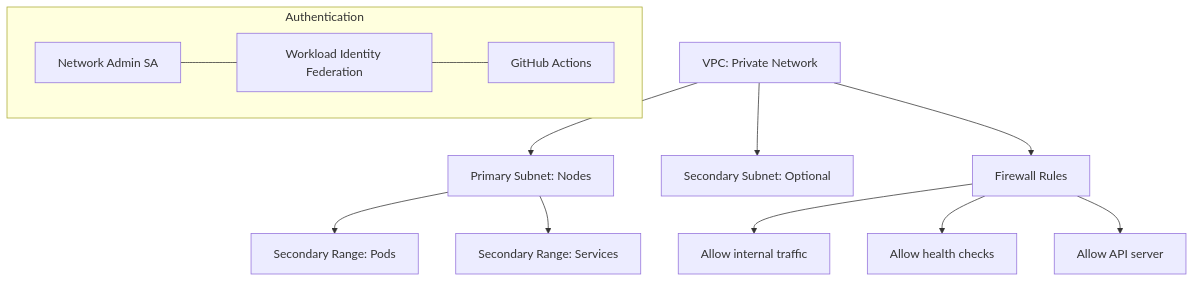
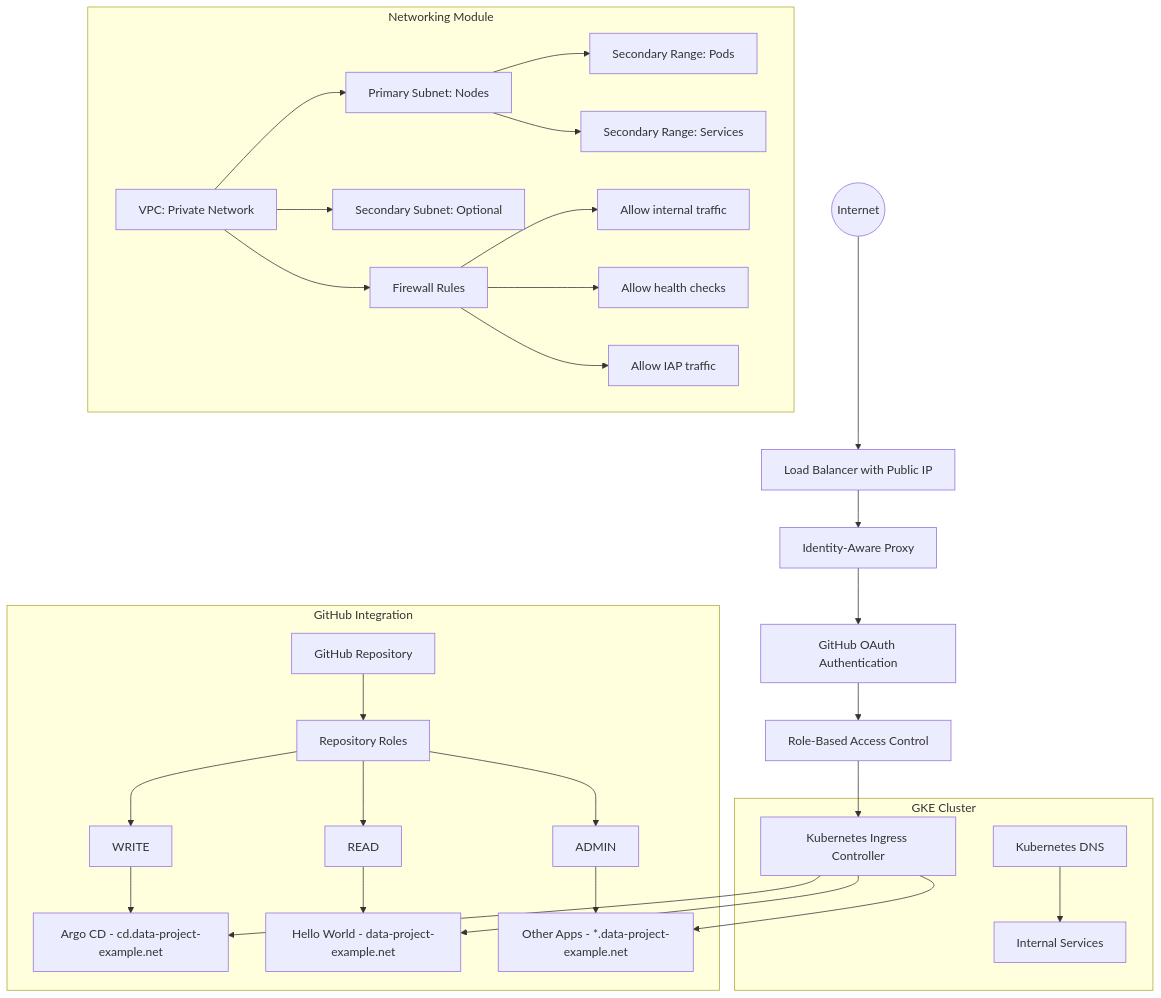
One commit to carroll-tech/data-project-example changed the diagram in infrastructure/networking/README.md. Above: the diagram before and after it, drawn with Mermaid. The commit also changed other lines of this file, not shown here.

Commit message:
docs(infra): update networking README with GitHub auth and kubectl access

````diff
--- a/infrastructure/networking/README.md
+++ b/infrastructure/networking/README.md
@@ -16,16 +27,41 @@
 ```mermaid
 graph TD
+    Internet((Internet)) --> LB[Load Balancer with Public IP]
+    LB --> IAP[Identity-Aware Proxy]
+    IAP --> Auth[GitHub OAuth Authentication]
+    Auth --> RBAC[Role-Based Access Control]
+    RBAC --> Ingress[Kubernetes Ingress Controller]
+    Ingress --> ArgoCD[Argo CD - cd.data-project-example.net]
+    Ingress --> HelloWorld[Hello World - data-project-example.net]
+    Ingress --> OtherApps[Other Apps - *.data-project-example.net]
+    
+    subgraph "GitHub Integration"
+    GitRepo[GitHub Repository] --> Roles[Repository Roles]
+    Roles --> RepoRole1[READ]
+    Roles --> RepoRole2[WRITE]
+    Roles --> RepoRole3[ADMIN]
+    RepoRole1 --> HelloWorld
+    RepoRole2 --> ArgoCD
+    RepoRole3 --> OtherApps
+    end
+    
+    subgraph "GKE Cluster"
+    Ingress
+    ArgoCD
+    HelloWorld
+    OtherApps
+    InternalDNS[Kubernetes DNS]
+    InternalDNS --> ClusterServices[Internal Services]
+    end
+    
+    subgraph "Networking Module"
     VPC[VPC: Private Network] --> Subnet1[Primary Subnet: Nodes]
     VPC --> Subnet2[Secondary Subnet: Optional]
     Subnet1 --> SecRange1[Secondary Range: Pods]
     Subnet1 --> SecRange2[Secondary Range: Services]
     VPC --> FW[Firewall Rules]
     FW --> FW1[Allow internal traffic]
     FW --> FW2[Allow health checks]
-    FW --> FW3[Allow API server]
-    
-    subgraph Auth[Authentication]
-    SA[Network Admin SA] --- WIF[Workload Identity Federation]
-    WIF --- GHA[GitHub Actions]
+    FW --> FW3[Allow IAP traffic]
     end
 ```
````
